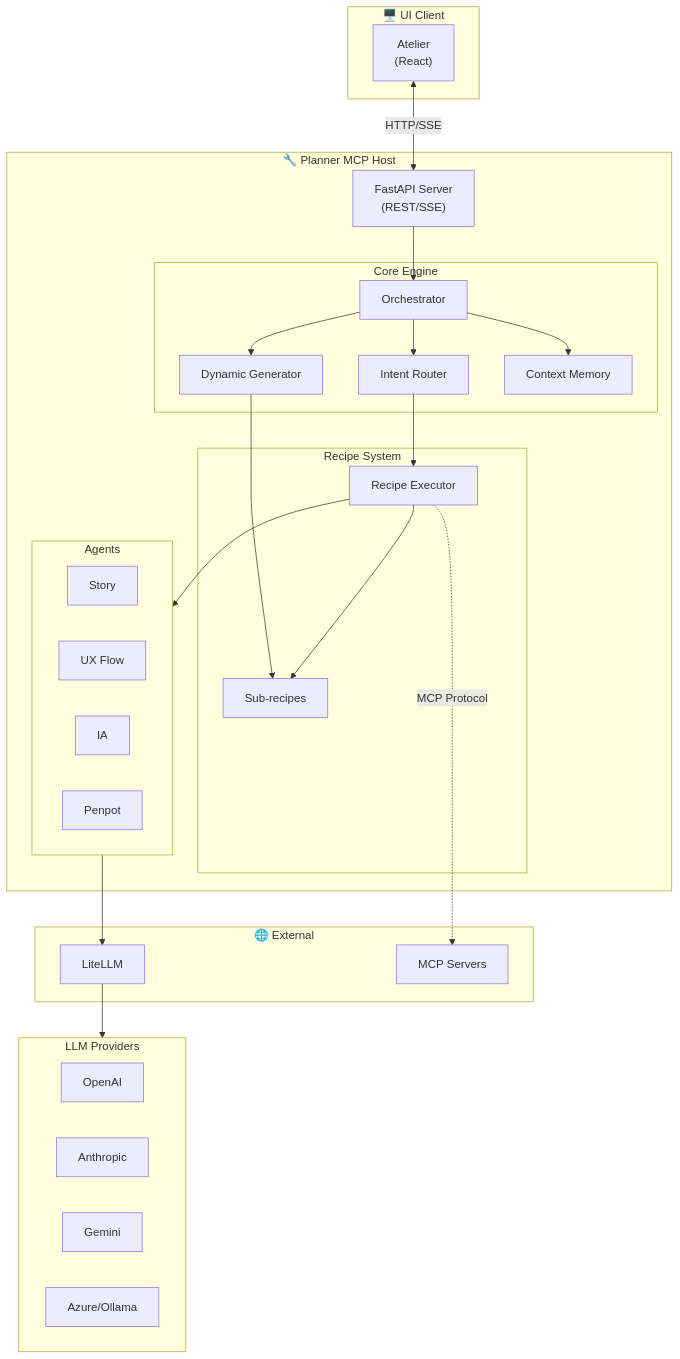
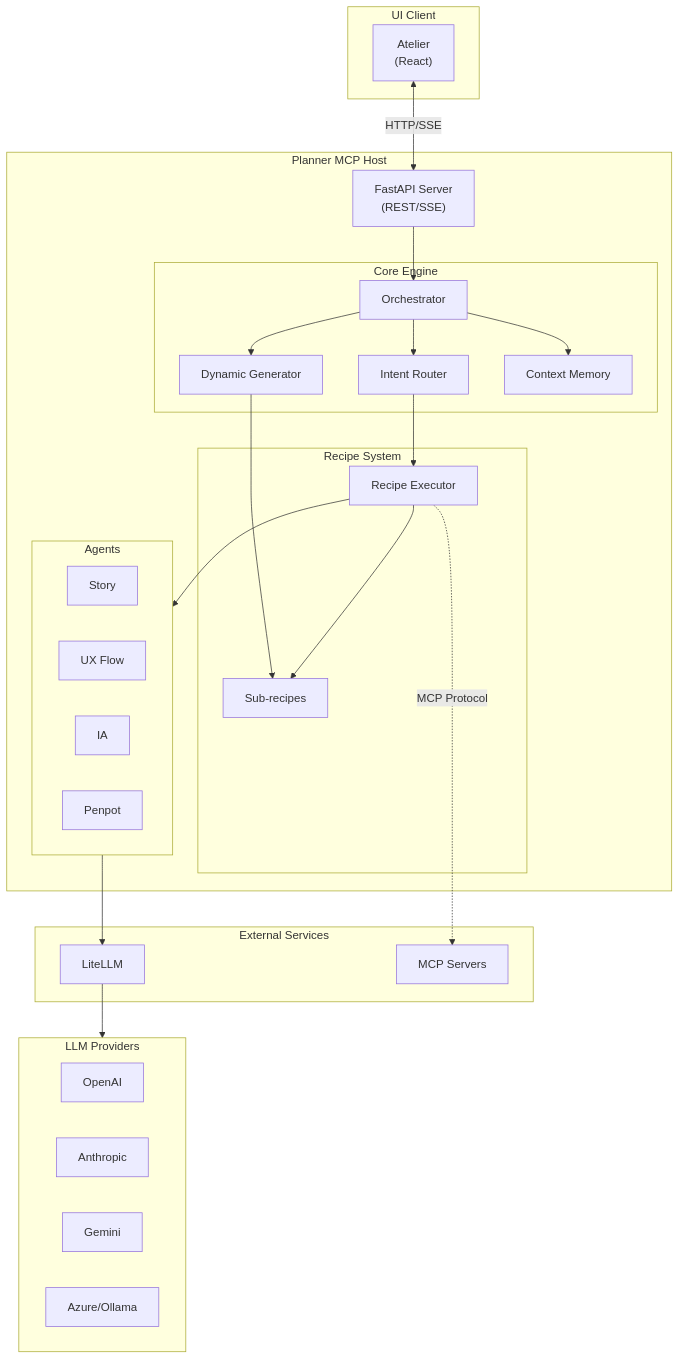
The second of 3 diagrams in README.md (SJayKim/SJayKim), drawn with Mermaid before and after one commit. The commit also changed other lines of this file, not shown here.

Commit message:
Convert diagrams to Mermaid and remove emojis

````diff
--- a/README.md
+++ b/README.md
@@ -316,54 +336,54 @@
 ```mermaid
 flowchart TB
-    subgraph Client["🖥️ UI Client"]
+    subgraph Client["UI Client"]
         Atelier["Atelier<br/>(React)"]
     end
 
-    subgraph Host["🔧 Planner MCP Host"]
+    subgraph Host["Planner MCP Host"]
         API["FastAPI Server<br/>(REST/SSE)"]
         
         subgraph Core["Core Engine"]
             Orch["Orchestrator"]
             Router["Intent Router"]
             DynGen["Dynamic Generator"]
             CtxMem["Context Memory"]
         end
 
         subgraph RecipeSys["Recipe System"]
             Exec["Recipe Executor"]
             Sub["Sub-recipes"]
         end
 
         subgraph AgentPool["Agents"]
             Story["Story"]
             UX["UX Flow"]
             IA["IA"]
             Penpot["Penpot"]
         end
     end
 
-    subgraph Ext["🌐 External"]
+    subgraph Ext["External Services"]
         LiteLLM["LiteLLM"]
         MCP["MCP Servers"]
     end
 
     subgraph LLM["LLM Providers"]
         OAI["OpenAI"]
         Anth["Anthropic"]
         Gem["Gemini"]
         Other["Azure/Ollama"]
     end
 
     Atelier <-->|HTTP/SSE| API
     API --> Orch
     Orch --> Router
     Orch --> DynGen
     Orch --> CtxMem
     Router --> Exec
     DynGen --> Sub
     Exec --> Sub
     Exec --> AgentPool
     AgentPool --> LiteLLM
     LiteLLM --> LLM
     Exec -.->|MCP Protocol| MCP
 ```
````
